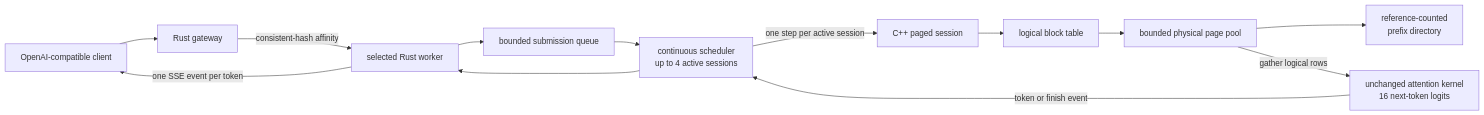
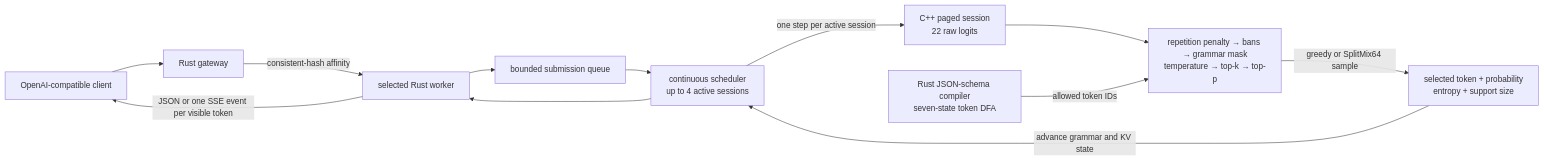
One commit to conan505/inferLab changed the diagram in README.md. Above: the diagram before and after it, drawn with Mermaid. The commit also changed other lines of this file and 35 other files, not shown here.

````diff
--- a/README.md
+++ b/README.md
@@ -14,15 +14,14 @@
 ```mermaid
 flowchart LR
     C["OpenAI-compatible client"] --> G["Rust gateway"]
     G -->|"consistent-hash affinity"| H["selected Rust worker"]
     H --> Q["bounded submission queue"]
     Q --> S["continuous scheduler<br/>up to 4 active sessions"]
-    S -->|"one step per active session"| D["C++ paged session"]
-    D --> T["logical block table"]
-    T --> P["bounded physical page pool"]
-    P --> R["reference-counted<br/>prefix directory"]
-    P -->|"gather logical rows"| L["unchanged attention kernel<br/>16 next-token logits"]
-    L -->|"token or finish event"| S
+    S -->|"one step per active session"| D["C++ paged session<br/>22 raw logits"]
+    D --> P["repetition penalty → bans → grammar mask<br/>temperature → top-k → top-p"]
+    F["Rust JSON-schema compiler<br/>seven-state token DFA"] -->|"allowed token IDs"| P
+    P -->|"greedy or SplitMix64 sample"| T["selected token + probability<br/>entropy + support size"]
+    T -->|"advance grammar and KV state"| S
     S --> H
-    H -->|"one SSE event per token"| C
+    H -->|"JSON or one SSE event per visible token"| C
 ```
````
